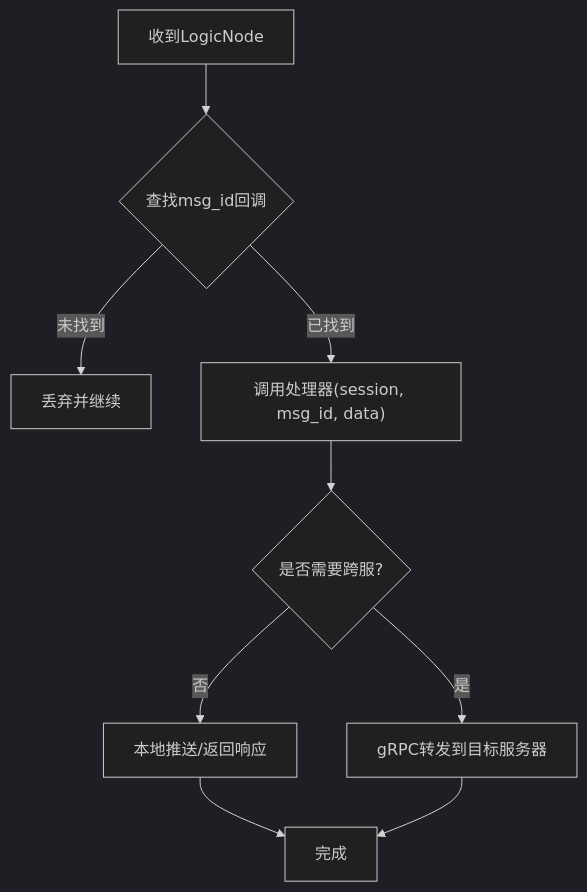
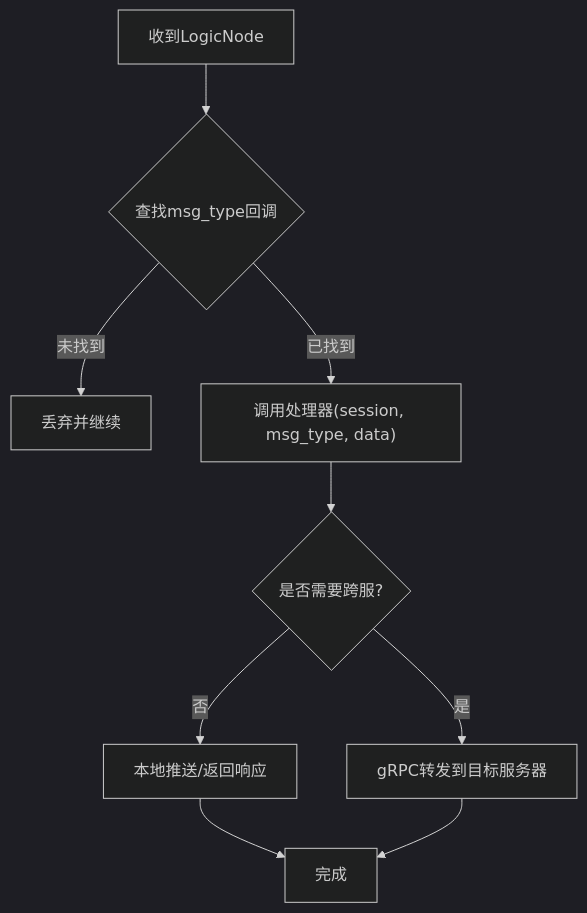
The fifth of 6 diagrams in .qoder/repowiki/zh/content/架构设计/微服务架构设计/ChatServer聊天核心服务/会话管理机制.md (echo9923/mychatter), drawn with Mermaid (dark theme) before and after one commit. The commit also changed other lines of this file and 128 other files, not shown here.

First line of the commit message:
refactor(protocol): TCP 帧头消息类型 msg_id 全局改名为 msg_type

````diff
--- a/.qoder/repowiki/zh/content/架构设计/微服务架构设计/ChatServer聊天核心服务/会话管理机制.md
+++ b/.qoder/repowiki/zh/content/架构设计/微服务架构设计/ChatServer聊天核心服务/会话管理机制.md
@@ -213,11 +213,11 @@
 ```mermaid
 flowchart TD
-A["收到LogicNode"] --> B{"查找msg_id回调"}
+A["收到LogicNode"] --> B{"查找msg_type回调"}
 B --> |未找到| C["丢弃并继续"]
-B --> |已找到| D["调用处理器(session, msg_id, data)"]
+B --> |已找到| D["调用处理器(session, msg_type, data)"]
 D --> E{"是否需要跨服?"}
 E --> |否| F["本地推送/返回响应"]
 E --> |是| G["gRPC转发到目标服务器"]
 F --> H["完成"]
 G --> H
 ```
````
